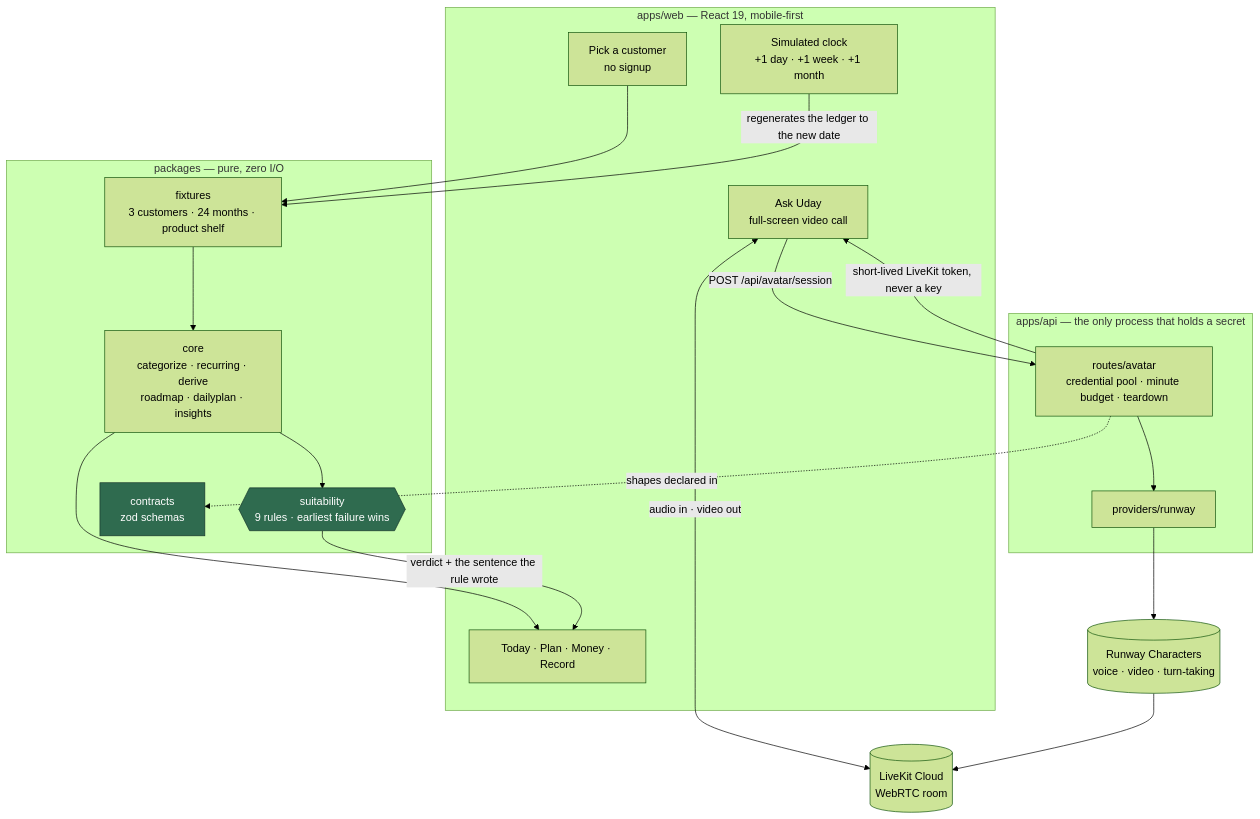
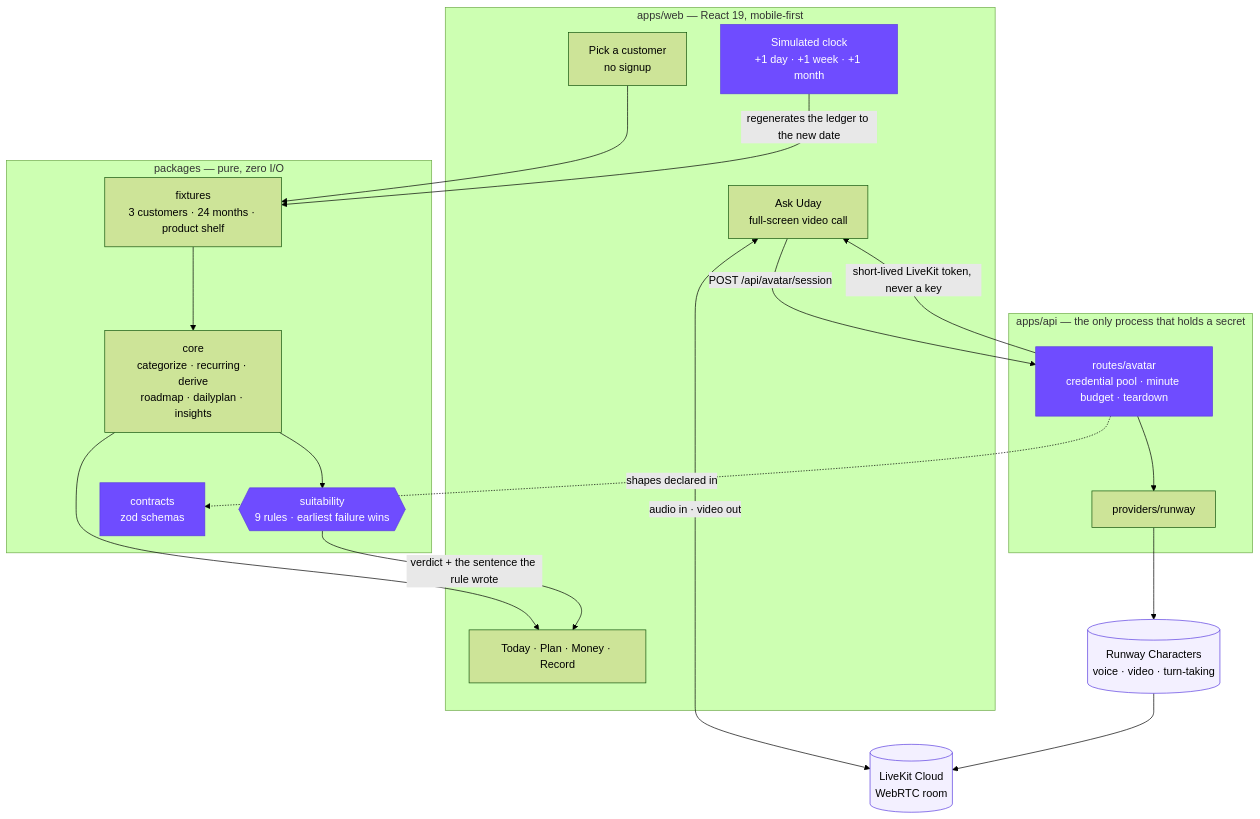
Before and after one commit to dhan-sarthi/dhan-sarthi: the first of 4 diagrams in README.md, drawn with Mermaid (forest theme). The commit also changed other lines of this file, not shown here.

````diff
--- a/README.md
+++ b/README.md
@@ -31,37 +38,41 @@
 ```mermaid
 flowchart TB
     subgraph web["apps/web — React 19, mobile-first"]
       PICK["Pick a customer<br/>no signup"]
       TABS["Today · Plan · Money · Record"]
       ASK["Ask Uday<br/>full-screen video call"]
       CLOCK["Simulated clock<br/>+1 day · +1 week · +1 month"]
     end
 
     subgraph packages["packages — pure, zero I/O"]
       FIX["fixtures<br/>3 customers · 24 months · product shelf"]
       CORE["core<br/>categorize · recurring · derive<br/>roadmap · dailyplan · insights"]
       GATE{{"suitability<br/>9 rules · earliest failure wins"}}
       CON["contracts<br/>zod schemas"]
     end
 
     subgraph api["apps/api — the only process that holds a secret"]
       ROUTE["routes/avatar<br/>credential pool · minute budget · teardown"]
       RW["providers/runway"]
     end
 
     RUNWAY[("Runway Characters<br/>voice · video · turn-taking")]
     LK[("LiveKit Cloud<br/>WebRTC room")]
 
     PICK --> FIX --> CORE --> TABS
     CLOCK -->|regenerates the ledger to the new date| FIX
     CORE --> GATE
     GATE -->|verdict + the sentence the rule wrote| TABS
     ASK -->|POST /api/avatar/session| ROUTE --> RW --> RUNWAY
     ROUTE -->|short-lived LiveKit token, never a key| ASK
     ASK <-->|audio in · video out| LK
     RUNWAY --> LK
     ROUTE -.->|shapes declared in| CON
 
-    style GATE fill:#2f6b4f,color:#fff,stroke:#16342a
-    style CON fill:#2f6b4f,color:#fff,stroke:#16342a
+    style GATE fill:#6f4cff,color:#fff,stroke:#5a3de0
+    style CON fill:#6f4cff,color:#fff,stroke:#5a3de0
+    style ROUTE fill:#6f4cff,color:#fff,stroke:#5a3de0
+    style CLOCK fill:#6f4cff,color:#fff,stroke:#5a3de0
+    style RUNWAY fill:#f3f0ff,stroke:#5a3de0
+    style LK fill:#f3f0ff,stroke:#5a3de0
 ```
````
